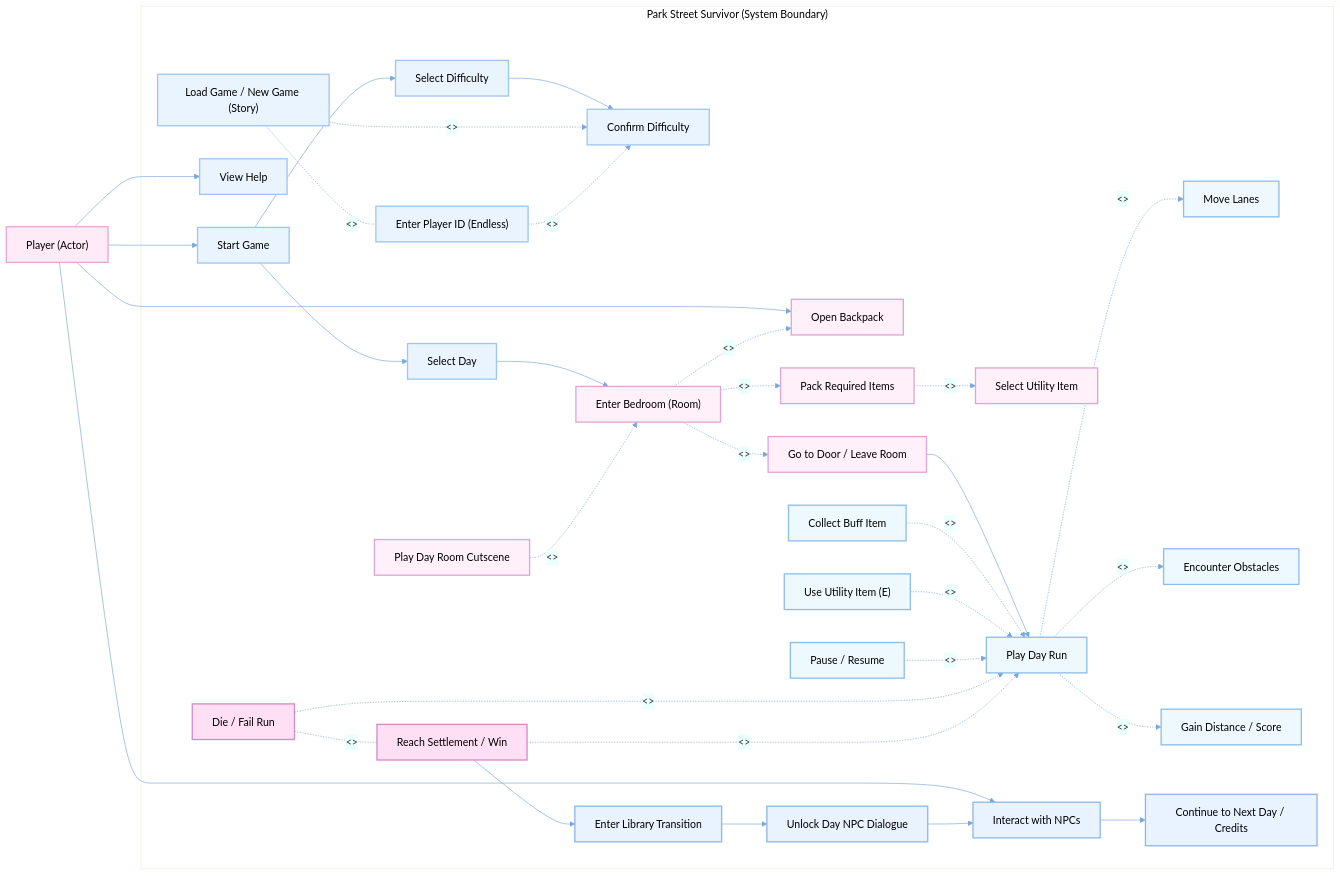
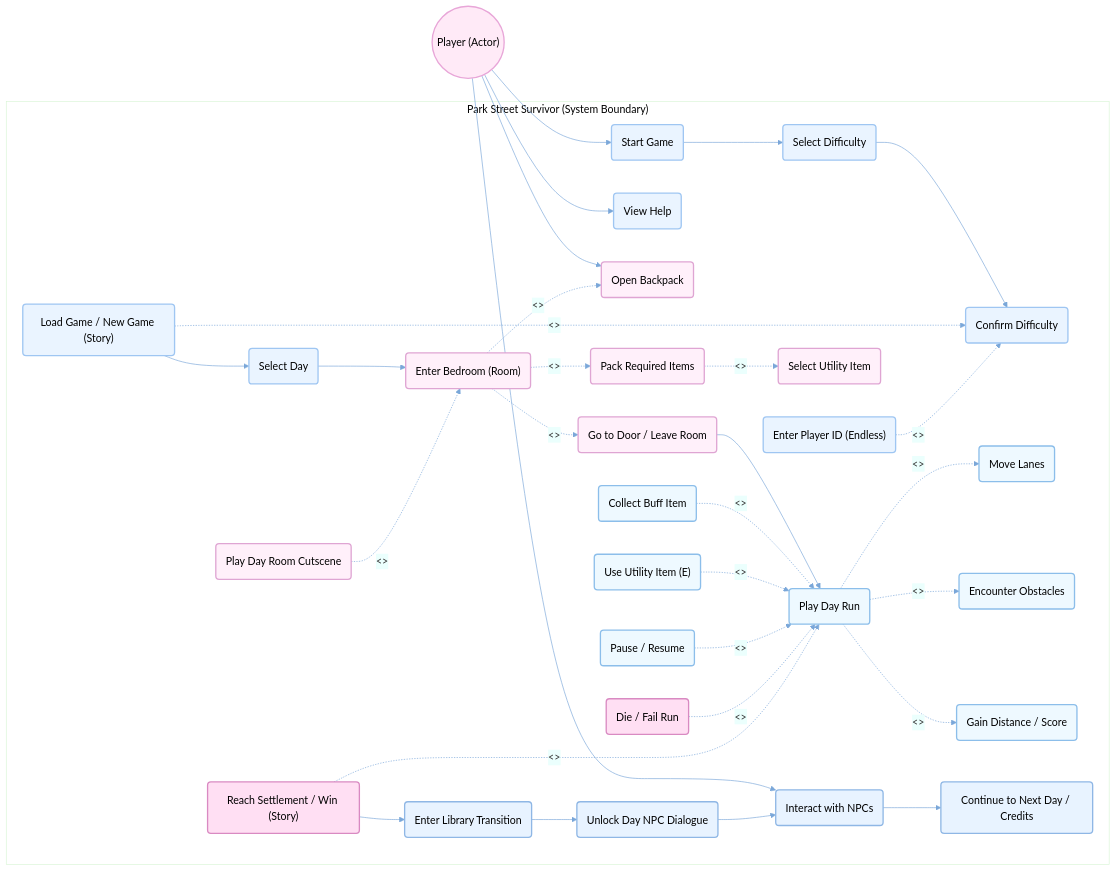
One commit to UoB-COMSM0166/2026-group-7 changed the first of 2 diagrams in README.md. Above: the diagram before and after it, drawn with Mermaid. The commit also changed other lines of this file and 5 other files, not shown here.

```diff
--- a/README.md
+++ b/README.md
@@ -429,45 +433,45 @@
   }
 }}%%
 flowchart LR
-  P["Player (Actor)"]
+  P(("Player (Actor)"))
 
   subgraph G["Park Street Survivor (System Boundary)"]
 
     %% ===== Menu / Setup =====
-    SG["Start Game"]
-    VH["View Help"]
-    SD["Select Day"]
-    SDF["Select Difficulty"]
-    CFD["Confirm Difficulty"]
-    LG["Load Game / New Game (Story)"]
-    PID["Enter Player ID (Endless)"]
+    SG("Start Game")
+    VH("View Help")
+    SD("Select Day")
+    SDF("Select Difficulty")
+    CFD("Confirm Difficulty")
+    LG("Load Game / New Game (Story)")
+    PID("Enter Player ID (Endless)")
 
     %% ===== Pre-run Room Flow =====
-    RC["Play Day Room Cutscene"]
-    BR["Enter Bedroom (Room)"]
-    BP["Open Backpack"]
-    PK["Pack Required Items"]
-    DS["Select Utility Item"]
-    DR["Go to Door / Leave Room"]
+    RC("Play Day Room Cutscene")
+    BR("Enter Bedroom (Room)")
+    BP("Open Backpack")
+    PK("Pack Required Items")
+    DS("Select Utility Item")
+    DR("Go to Door / Leave Room")
 
     %% ===== Run =====
-    PG["Play Day Run"]
-    MV["Move Lanes"]
-    OB["Encounter Obstacles"]
-    PU["Use Utility Item (E)"]
-    BF["Collect Buff Item"]
-    SC["Gain Distance / Score"]
-    PS["Pause / Resume"]
+    PG("Play Day Run")
+    MV("Move Lanes")
+    OB("Encounter Obstacles")
+    PU("Use Utility Item (E)")
+    BF("Collect Buff Item")
+    SC("Gain Distance / Score")
+    PS("Pause / Resume")
 
     %% ===== Outcomes =====
-    DY["Die / Fail Run"]
-    WN["Reach Settlement / Win"]
+    DY("Die / Fail Run")
+    WN("Reach Settlement / Win (Story)")
 
-    %% ===== Post-Win Library =====
-    LB["Enter Library Transition"]
-    ND["Unlock Day NPC Dialogue"]
-    IN["Interact with NPCs"]
-    NX["Continue to Next Day / Credits"]
+    %% ===== Post-Win Library (Story Mode only) =====
+    LB("Enter Library Transition")
+    ND("Unlock Day NPC Dialogue")
+    IN("Interact with NPCs")
+    NX("Continue to Next Day / Credits")
   end
 
   %% Actor associations
@@ -478,7 +482,7 @@
 
   %% Main setup sequence
   SG --> SDF --> CFD
-  SG --> SD --> BR
+  LG --> SD --> BR
 
   %% Story vs Endless detail
   LG -. "<<extend>>" .-> CFD
@@ -513,10 +517,6 @@
   %% Success path
   WN --> LB --> ND --> IN --> NX
 
-  %% Exclusion constraints
-  LG -. "<<exclude>>" .- PID
-  DY -. "<<exclude>>" .- WN
-
   %% ===== Color classes (all text black) =====
   classDef actor fill:#FFEAF7,stroke:#E8A6D8,stroke-width:2px,color:#000000;
   classDef setup fill:#EAF4FF,stroke:#9FC6F2,stroke-width:2px,color:#000000;
```
